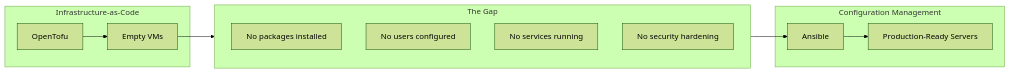
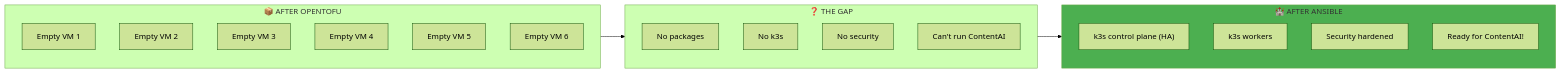
Before and after one commit to PearlThoughtsInternship/Internship-Obsidian-Vault: the first of 5 diagrams in DevOps/02-Engineering/03-Configuration-Management.md, drawn with Mermaid (forest theme). The commit also changed other lines of this file, not shown here.

First line of the commit message:
docs: Ansible configuration management with ContentAI product context

````diff
--- a/DevOps/02-Engineering/03-Configuration-Management.md
+++ b/DevOps/02-Engineering/03-Configuration-Management.md
@@ -11,23 +9,29 @@
 ```mermaid
 flowchart LR
-    subgraph IaC["Infrastructure-as-Code"]
-        TF["OpenTofu"]
-        VM["Empty VMs"]
-        TF --> VM
+    subgraph Before["📦 AFTER OPENTOFU"]
+        V1["Empty VM 1"]
+        V2["Empty VM 2"]
+        V3["Empty VM 3"]
+        V4["Empty VM 4"]
+        V5["Empty VM 5"]
+        V6["Empty VM 6"]
     end
 
-    subgraph Gap["The Gap"]
-        Q1["No packages installed"]
-        Q2["No users configured"]
-        Q3["No services running"]
-        Q4["No security hardening"]
+    subgraph Gap["❓ THE GAP"]
+        G1["No packages"]
+        G2["No k3s"]
+        G3["No security"]
+        G4["Can't run ContentAI"]
     end
 
-    subgraph CM["Configuration Management"]
-        AN["Ansible"]
-        Ready["Production-Ready Servers"]
-        AN --> Ready
+    subgraph After["🏰 AFTER ANSIBLE"]
+        A1["k3s control plane (HA)"]
+        A2["k3s workers"]
+        A3["Security hardened"]
+        A4["Ready for ContentAI!"]
     end
 
-    VM --> Gap --> AN
+    Before --> Gap --> After
+
+    style After fill:#4CAF50
 ```
````
